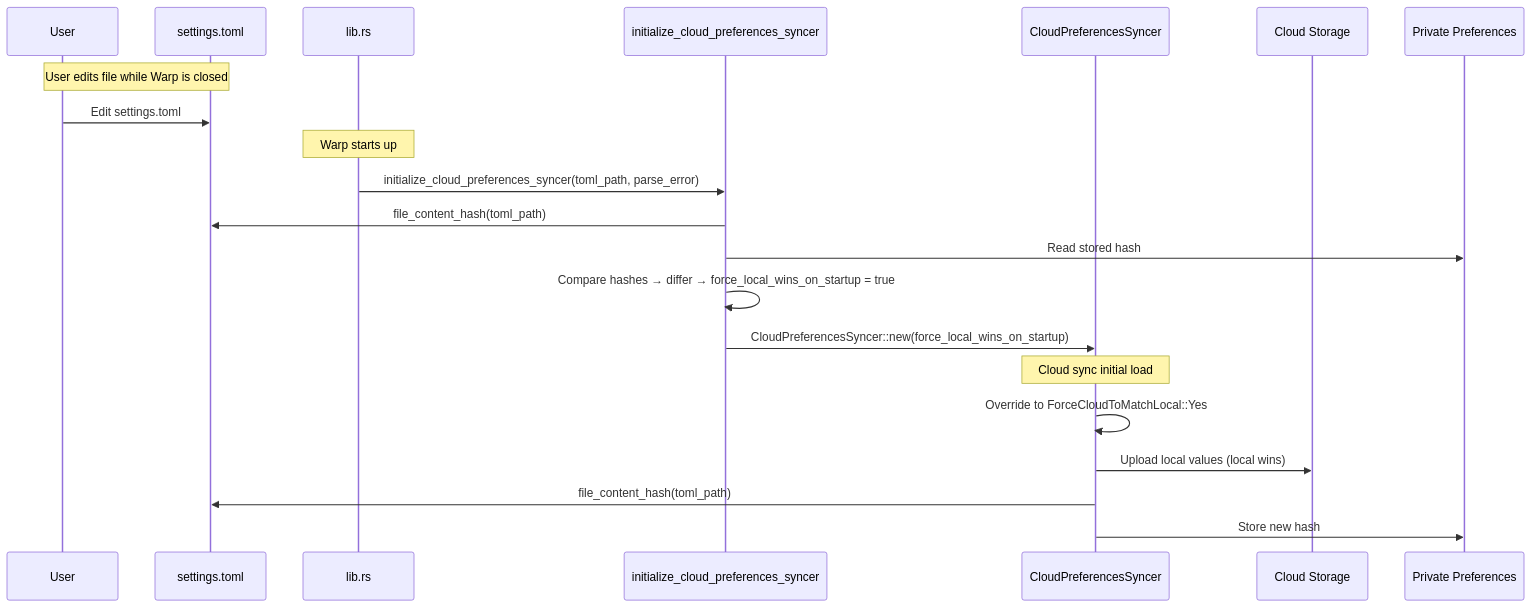
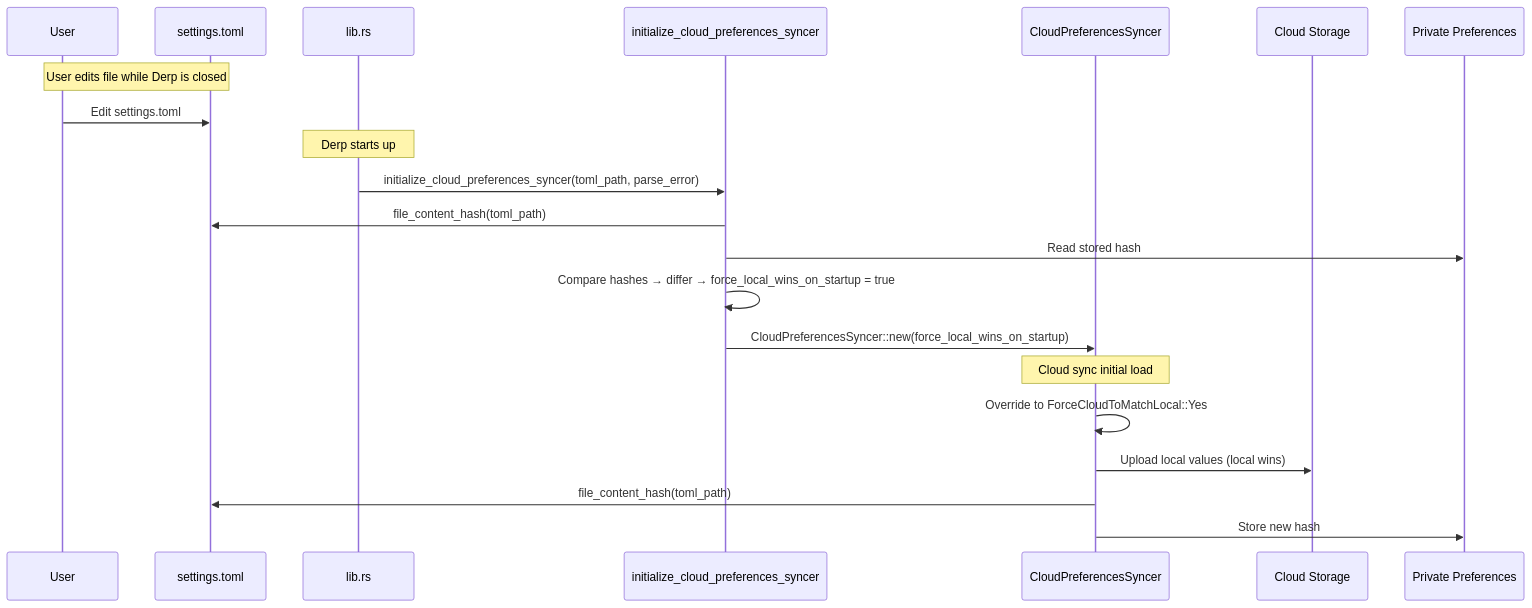
Before and after one commit to antikrust/krust-terminal: the diagram in specs/danielpeng/QUALITY-474/TECH.md, drawn with Mermaid. The commit also changed other lines of this file and 9069 other files, not shown here.

First line of the commit message:
Rebrand Warp -> Derp; vendor and disconnect all external deps

````diff
--- a/specs/danielpeng/QUALITY-474/TECH.md
+++ b/specs/danielpeng/QUALITY-474/TECH.md
@@ -226,26 +226,26 @@
 ```mermaid
 sequenceDiagram
     participant User
     participant File as settings.toml
     participant LibRs as lib.rs
     participant Init as initialize_cloud_preferences_syncer
     participant Syncer as CloudPreferencesSyncer
     participant Cloud as Cloud Storage
     participant PrivPrefs as Private Preferences
 
-    Note over User,File: User edits file while Warp is closed
+    Note over User,File: User edits file while Derp is closed
 
     User->>File: Edit settings.toml
 
-    Note over LibRs: Warp starts up
+    Note over LibRs: Derp starts up
     LibRs->>Init: initialize_cloud_preferences_syncer(toml_path, parse_error)
     Init->>File: file_content_hash(toml_path)
     Init->>PrivPrefs: Read stored hash
     Init->>Init: Compare hashes → differ → force_local_wins_on_startup = true
     Init->>Syncer: CloudPreferencesSyncer::new(force_local_wins_on_startup)
     Note over Syncer: Cloud sync initial load
     Syncer->>Syncer: Override to ForceCloudToMatchLocal::Yes
     Syncer->>Cloud: Upload local values (local wins)
     Syncer->>File: file_content_hash(toml_path)
     Syncer->>PrivPrefs: Store new hash
 ```
````
